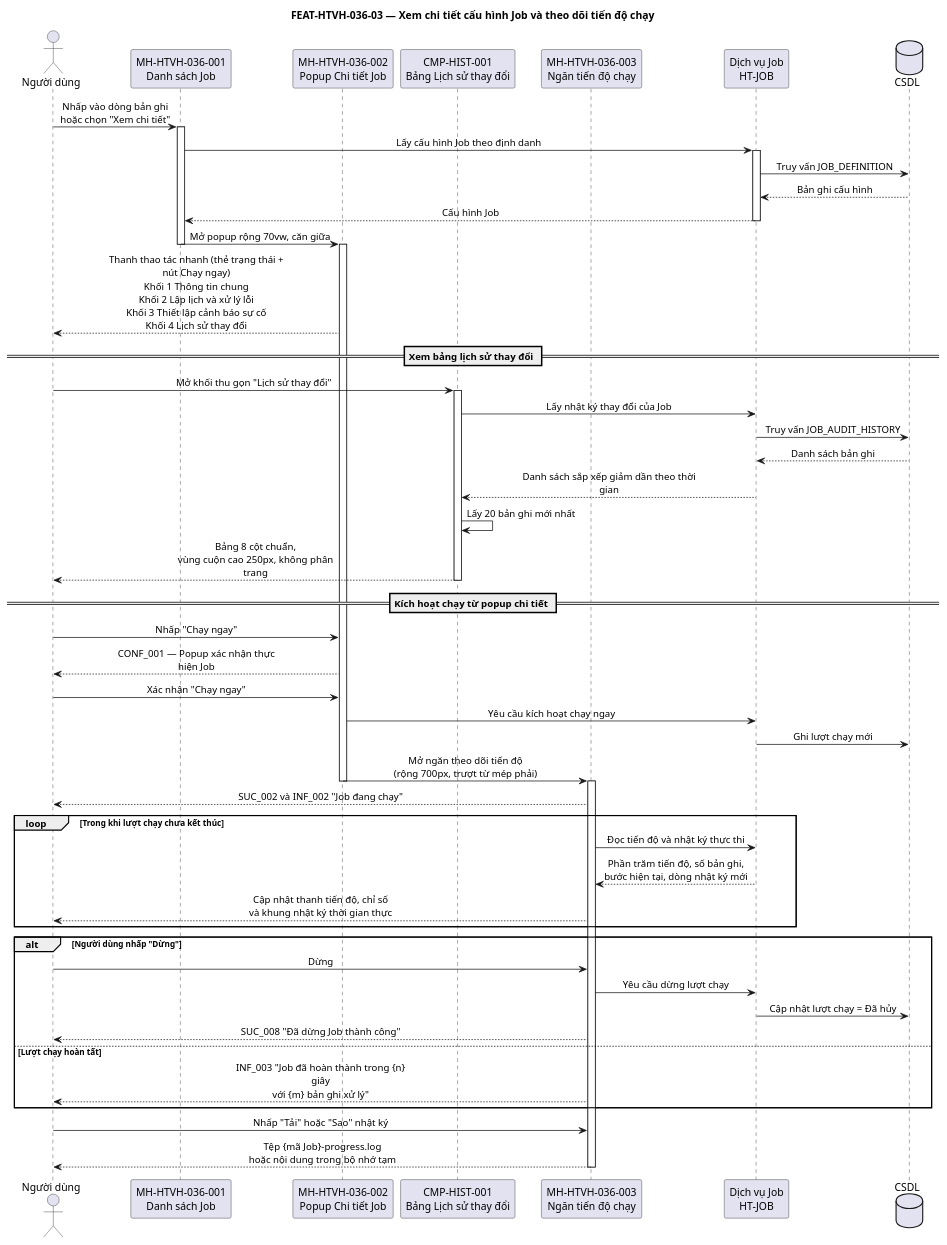
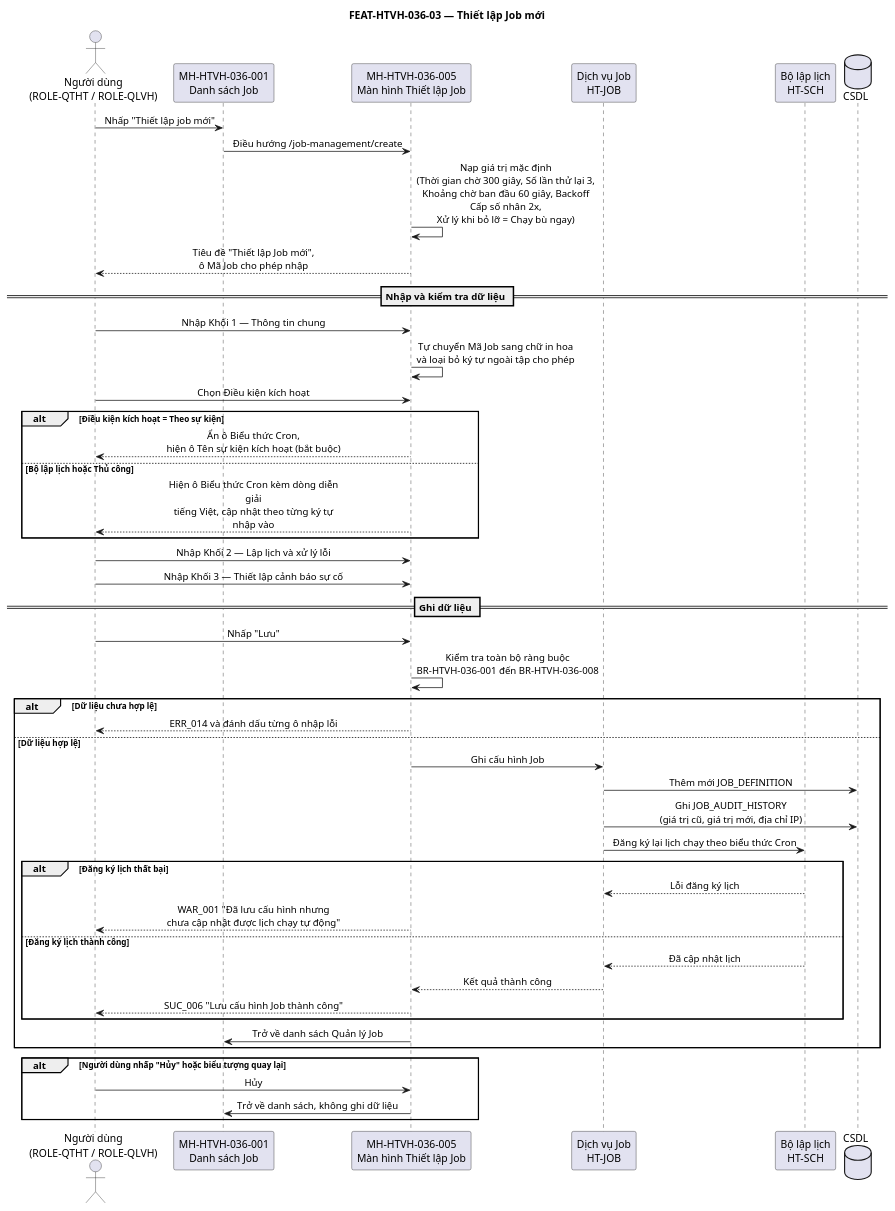
The diagram in docs/specifications/diagrams/FUNC-HTVH-036_seq-03.puml (NgocTDA/cic-core-system), drawn with PlantUML before and after one commit. The commit also changed 75 other files, not shown here.

Commit message:
feat: implement Job Management module including filtering, detail/history modals, and UI component library extensions

```diff
--- a/docs/specifications/diagrams/FUNC-HTVH-036_seq-03.puml
+++ b/docs/specifications/diagrams/FUNC-HTVH-036_seq-03.puml
@@ -1,69 +1,60 @@
 @startuml FUNC-HTVH-036_seq-03
-title FEAT-HTVH-036-03 — Xem chi tiết cấu hình Job và theo dõi tiến độ chạy
+title FEAT-HTVH-036-03 — Thiết lập Job mới
 
 skinparam sequenceMessageAlign center
-skinparam maxMessageSize 240
+skinparam maxMessageSize 250
 
-actor "Người dùng" as NSD
+actor "Người dùng\n(ROLE-QTHT / ROLE-QLVH)" as NSD
 participant "MH-HTVH-036-001\nDanh sách Job" as MH_DS
-participant "MH-HTVH-036-002\nPopup Chi tiết Job" as MH_CT
-participant "CMP-HIST-001\nBảng Lịch sử thay đổi" as CMP_HIST
-participant "MH-HTVH-036-003\nNgăn tiến độ chạy" as MH_TD
+participant "MH-HTVH-036-005\nMàn hình Thiết lập Job" as MH_FORM
 participant "Dịch vụ Job\nHT-JOB" as HT_JOB
+participant "Bộ lập lịch\nHT-SCH" as HT_SCH
 database "CSDL" as CSDL
 
-NSD -> MH_DS : Nhấp vào dòng bản ghi\nhoặc chọn "Xem chi tiết"
-activate MH_DS
-MH_DS -> HT_JOB : Lấy cấu hình Job theo định danh
-activate HT_JOB
-HT_JOB -> CSDL : Truy vấn JOB_DEFINITION
-CSDL --> HT_JOB : Bản ghi cấu hình
-HT_JOB --> MH_DS : Cấu hình Job
-deactivate HT_JOB
-MH_DS -> MH_CT : Mở popup rộng 70vw, căn giữa
-deactivate MH_DS
-activate MH_CT
-MH_CT --> NSD : Thanh thao tác nhanh (thẻ trạng thái + nút Chạy ngay)\nKhối 1 Thông tin chung\nKhối 2 Lập lịch và xử lý lỗi\nKhối 3 Thiết lập cảnh báo sự cố\nKhối 4 Lịch sử thay đổi
+NSD -> MH_DS : Nhấp "Thiết lập job mới"
+MH_DS -> MH_FORM : Điều hướng /job-management/create
+MH_FORM -> MH_FORM : Nạp giá trị mặc định\n(Thời gian chờ 300 giây, Số lần thử lại 3,\nKhoảng chờ ban đầu 60 giây, Backoff Cấp số nhân 2x,\nXử lý khi bỏ lỡ = Chạy bù ngay)
+MH_FORM --> NSD : Tiêu đề "Thiết lập Job mới",\nô Mã Job cho phép nhập
 
-== Xem bảng lịch sử thay đổi ==
-NSD -> CMP_HIST : Mở khối thu gọn "Lịch sử thay đổi"
-activate CMP_HIST
-CMP_HIST -> HT_JOB : Lấy nhật ký thay đổi của Job
-HT_JOB -> CSDL : Truy vấn JOB_AUDIT_HISTORY
-CSDL --> HT_JOB : Danh sách bản ghi
-HT_JOB --> CMP_HIST : Danh sách sắp xếp giảm dần theo thời gian
-CMP_HIST -> CMP_HIST : Lấy 20 bản ghi mới nhất
-CMP_HIST --> NSD : Bảng 8 cột chuẩn,\nvùng cuộn cao 250px, không phân trang
-deactivate CMP_HIST
+== Nhập và kiểm tra dữ liệu ==
+NSD -> MH_FORM : Nhập Khối 1 — Thông tin chung
+MH_FORM -> MH_FORM : Tự chuyển Mã Job sang chữ in hoa\nvà loại bỏ ký tự ngoài tập cho phép
 
-== Kích hoạt chạy từ popup chi tiết ==
-NSD -> MH_CT : Nhấp "Chạy ngay"
-MH_CT --> NSD : CONF_001 — Popup xác nhận thực hiện Job
-NSD -> MH_CT : Xác nhận "Chạy ngay"
-MH_CT -> HT_JOB : Yêu cầu kích hoạt chạy ngay
-HT_JOB -> CSDL : Ghi lượt chạy mới
-MH_CT -> MH_TD : Mở ngăn theo dõi tiến độ\n(rộng 700px, trượt từ mép phải)
-deactivate MH_CT
-activate MH_TD
-MH_TD --> NSD : SUC_002 và INF_002 "Job đang chạy"
-
-loop Trong khi lượt chạy chưa kết thúc
-  MH_TD -> HT_JOB : Đọc tiến độ và nhật ký thực thi
-  HT_JOB --> MH_TD : Phần trăm tiến độ, số bản ghi,\nbước hiện tại, dòng nhật ký mới
-  MH_TD --> NSD : Cập nhật thanh tiến độ, chỉ số\nvà khung nhật ký thời gian thực
+NSD -> MH_FORM : Chọn Điều kiện kích hoạt
+alt Điều kiện kích hoạt = Theo sự kiện
+  MH_FORM --> NSD : Ẩn ô Biểu thức Cron,\nhiện ô Tên sự kiện kích hoạt (bắt buộc)
+else Bộ lập lịch hoặc Thủ công
+  MH_FORM --> NSD : Hiện ô Biểu thức Cron kèm dòng diễn giải\ntiếng Việt, cập nhật theo từng ký tự nhập vào
 end
 
-alt Người dùng nhấp "Dừng"
-  NSD -> MH_TD : Dừng
-  MH_TD -> HT_JOB : Yêu cầu dừng lượt chạy
-  HT_JOB -> CSDL : Cập nhật lượt chạy = Đã hủy
-  MH_TD --> NSD : SUC_008 "Đã dừng Job thành công"
-else Lượt chạy hoàn tất
-  MH_TD --> NSD : INF_003 "Job đã hoàn thành trong {n} giây\nvới {m} bản ghi xử lý"
+NSD -> MH_FORM : Nhập Khối 2 — Lập lịch và xử lý lỗi
+NSD -> MH_FORM : Nhập Khối 3 — Thiết lập cảnh báo sự cố
+
+== Ghi dữ liệu ==
+NSD -> MH_FORM : Nhấp "Lưu"
+MH_FORM -> MH_FORM : Kiểm tra toàn bộ ràng buộc\nBR-HTVH-036-001 đến BR-HTVH-036-008
+
+alt Dữ liệu chưa hợp lệ
+  MH_FORM --> NSD : ERR_014 và đánh dấu từng ô nhập lỗi
+else Dữ liệu hợp lệ
+  MH_FORM -> HT_JOB : Ghi cấu hình Job
+  HT_JOB -> CSDL : Thêm mới JOB_DEFINITION
+  HT_JOB -> CSDL : Ghi JOB_AUDIT_HISTORY\n(giá trị cũ, giá trị mới, địa chỉ IP)
+  HT_JOB -> HT_SCH : Đăng ký lại lịch chạy theo biểu thức Cron
+  alt Đăng ký lịch thất bại
+    HT_SCH --> HT_JOB : Lỗi đăng ký lịch
+    MH_FORM --> NSD : WAR_001 "Đã lưu cấu hình nhưng\nchưa cập nhật được lịch chạy tự động"
+  else Đăng ký lịch thành công
+    HT_SCH --> HT_JOB : Đã cập nhật lịch
+    HT_JOB --> MH_FORM : Kết quả thành công
+    MH_FORM --> NSD : SUC_006 "Lưu cấu hình Job thành công"
+  end
+  MH_FORM -> MH_DS : Trở về danh sách Quản lý Job
 end
 
-NSD -> MH_TD : Nhấp "Tải" hoặc "Sao" nhật ký
-MH_TD --> NSD : Tệp {mã Job}-progress.log\nhoặc nội dung trong bộ nhớ tạm
-deactivate MH_TD
+alt Người dùng nhấp "Hủy" hoặc biểu tượng quay lại
+  NSD -> MH_FORM : Hủy
+  MH_FORM -> MH_DS : Trở về danh sách, không ghi dữ liệu
+end
 
 @enduml
```
